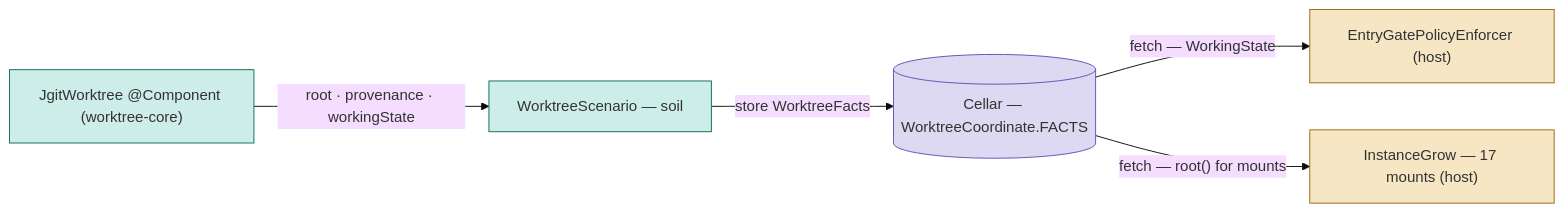
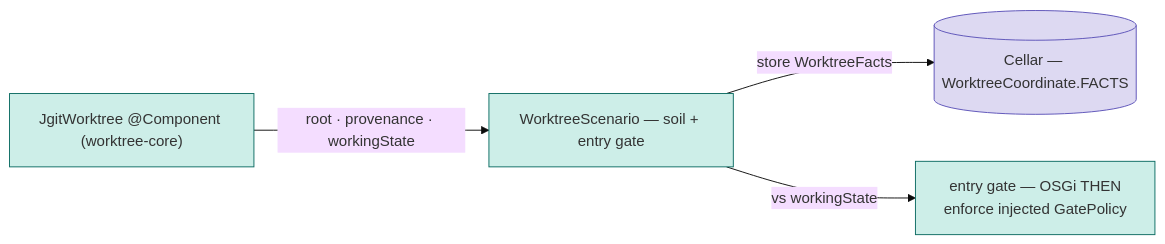
One commit to nxmatic/rke2lab changed the diagram in docs/architecture/osgi/worktree-component-spec.adoc. Above: the diagram before and after it, drawn with Mermaid (base theme). The commit also changed other lines of this file and 46 other files, not shown here.

First line of the commit message:
feat(worktree,incus): self-contained grow plan + OSGi-side entry gate + worktree-contract fold

```diff
--- a/docs/architecture/osgi/worktree-component-spec.adoc
+++ b/docs/architecture/osgi/worktree-component-spec.adoc
@@ -83,18 +104,15 @@
 [mermaid]
 ....
 flowchart LR
   jw["JgitWorktree @Component (worktree-core)"]:::osgi
-  ws["WorktreeScenario — soil"]:::osgi
+  ws["WorktreeScenario — soil + entry gate"]:::osgi
   cell[("Cellar — WorktreeCoordinate.FACTS")]:::cellar
-  gate["EntryGatePolicyEnforcer (host)"]:::host
-  grow["InstanceGrow — 17 mounts (host)"]:::host
+  gate["entry gate — OSGi THEN<br/>enforce injected GatePolicy"]:::osgi
 
   jw -->|"root · provenance · workingState"| ws
   ws -->|"store WorktreeFacts"| cell
-  cell -->|"fetch — WorkingState"| gate
-  cell -->|"fetch — root() for mounts"| grow
+  ws -->|"vs workingState"| gate
 
   classDef osgi fill:#cdeee8,stroke:#0b6b62;
-  classDef host fill:#f6e6c4,stroke:#9a6710;
   classDef cellar fill:#ddd9f2,stroke:#5b52b8;
 ....
```
